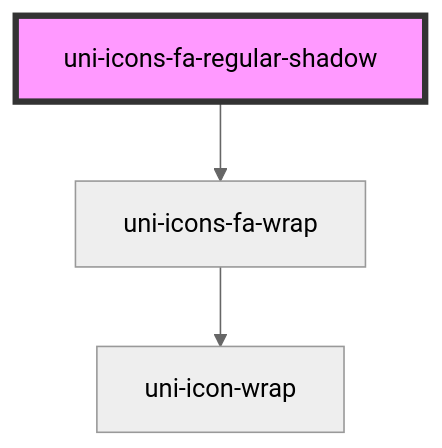
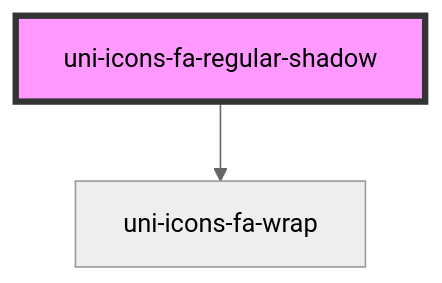
One commit to uiwebkit/icons changed the diagram in src/components/icons-fa/regular/@shadow/readme.md. Above: the diagram before and after it, drawn with Mermaid (neutral theme). The commit also changed other lines of this file and 78 other files, not shown here.

````diff
--- a/src/components/icons-fa/regular/@shadow/readme.md
+++ b/src/components/icons-fa/regular/@shadow/readme.md
@@ -28,6 +28,5 @@
 ```mermaid
 graph TD;
   uni-icons-fa-regular-shadow --> uni-icons-fa-wrap
-  uni-icons-fa-wrap --> uni-icon-wrap
   style uni-icons-fa-regular-shadow fill:#f9f,stroke:#333,stroke-width:4px
 ```
````
